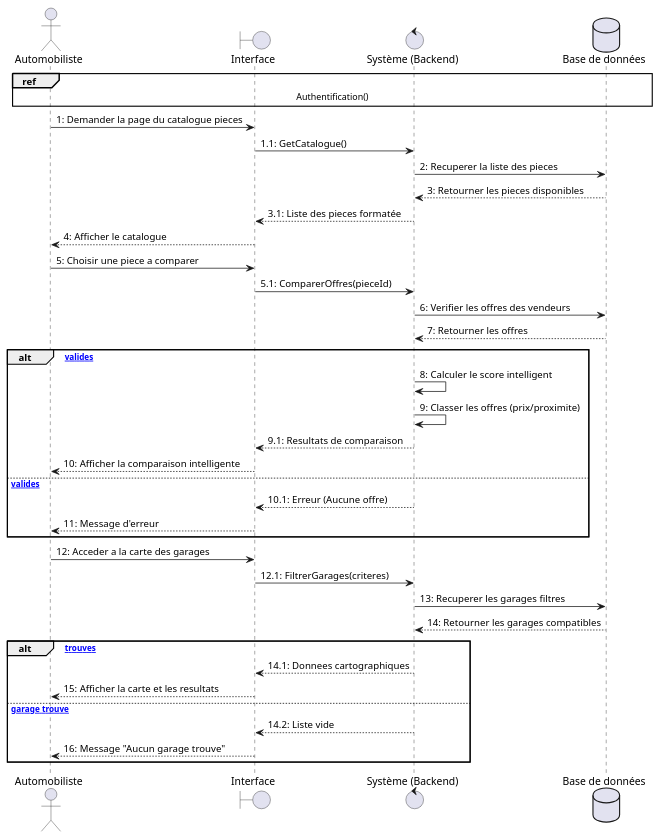
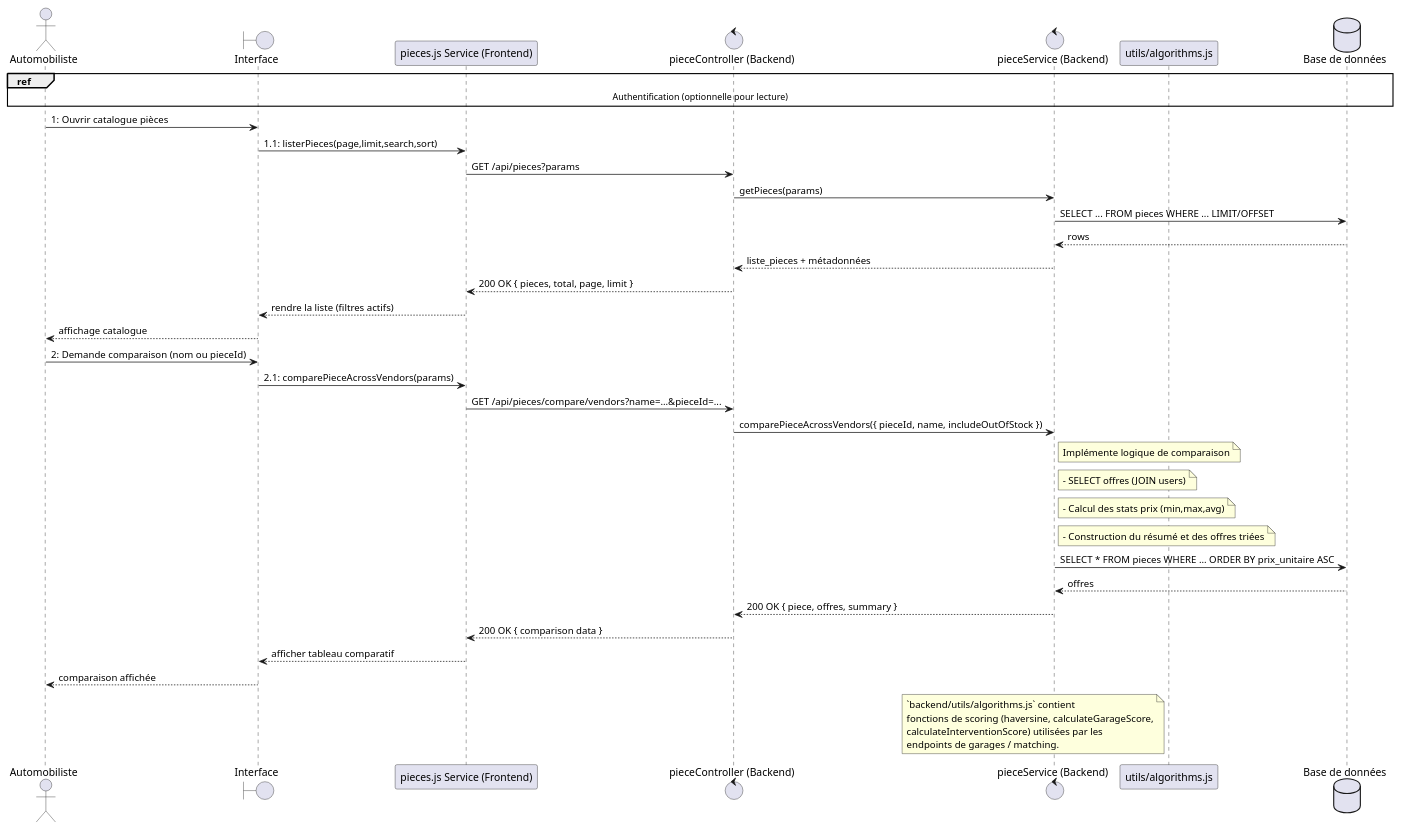
Before and after one commit to saifmechri/pfe_Saif_Nouri: the diagram in docs/diagrams/plantuml/release2_sequence.puml, drawn with PlantUML.

```diff
--- a/docs/diagrams/plantuml/release2_sequence.puml
+++ b/docs/diagrams/plantuml/release2_sequence.puml
@@ -1,44 +1,48 @@
 @startuml
 actor Automobiliste
 boundary Interface
-control "Système (Backend)" as Backend
+participant "pieces.js Service (Frontend)" as PiecesService
+control "pieceController (Backend)" as PieceController
+control "pieceService (Backend)" as PieceService
+participant "utils/algorithms.js" as Algorithms
 database "Base de données" as DB
 
-ref over Automobiliste, Interface, Backend, DB : Authentification()
+ref over Automobiliste, Interface, PiecesService, PieceController, PieceService, DB : Authentification (optionnelle pour lecture)
 
-Automobiliste -> Interface : 1: Demander la page du catalogue pieces
-Interface -> Backend : 1.1: GetCatalogue()
-Backend -> DB : 2: Recuperer la liste des pieces
-DB --> Backend : 3: Retourner les pieces disponibles
-Backend --> Interface : 3.1: Liste des pieces formatée
-Interface --> Automobiliste : 4: Afficher le catalogue
+' Catalogue - listing
+Automobiliste -> Interface : 1: Ouvrir catalogue pièces
+Interface -> PiecesService : 1.1: listerPieces(page,limit,search,sort)
+PiecesService -> PieceController : GET /api/pieces?params
+PieceController -> PieceService : getPieces(params)
+PieceService -> DB : SELECT ... FROM pieces WHERE ... LIMIT/OFFSET
+DB --> PieceService : rows
+PieceService --> PieceController : liste_pieces + métadonnées
+PieceController --> PiecesService : 200 OK { pieces, total, page, limit }
+PiecesService --> Interface : rendre la liste (filtres actifs)
+Interface --> Automobiliste : affichage catalogue
 
-Automobiliste -> Interface : 5: Choisir une piece a comparer
-Interface -> Backend : 5.1: ComparerOffres(pieceId)
-Backend -> DB : 6: Verifier les offres des vendeurs
-DB --> Backend : 7: Retourner les offres
+' Comparaison multi‑vendeurs
+Automobiliste -> Interface : 2: Demande comparaison (nom ou pieceId)
+Interface -> PiecesService : 2.1: comparePieceAcrossVendors(params)
+PiecesService -> PieceController : GET /api/pieces/compare/vendors?name=...&pieceId=...
+PieceController -> PieceService : comparePieceAcrossVendors({ pieceId, name, includeOutOfStock })
+note right of PieceService: Implémente logique de comparaison
+note right of PieceService: - SELECT offres (JOIN users)
+note right of PieceService: - Calcul des stats prix (min,max,avg)
+note right of PieceService: - Construction du résumé et des offres triées
+PieceService -> DB : SELECT * FROM pieces WHERE ... ORDER BY prix_unitaire ASC
+DB --> PieceService : offres
+PieceService --> PieceController : 200 OK { piece, offres, summary }
+PieceController --> PiecesService : 200 OK { comparison data }
+PiecesService --> Interface : afficher tableau comparatif
+Interface --> Automobiliste : comparaison affichée
 
-alt [valides]
-  Backend -> Backend : 8: Calculer le score intelligent
-  Backend -> Backend : 9: Classer les offres (prix/proximite)
-  Backend --> Interface : 9.1: Resultats de comparaison
-  Interface --> Automobiliste : 10: Afficher la comparaison intelligente
-else [non valides]
-  Backend --> Interface : 10.1: Erreur (Aucune offre)
-  Interface --> Automobiliste : 11: Message d'erreur
-end
-
-Automobiliste -> Interface : 12: Acceder a la carte des garages
-Interface -> Backend : 12.1: FiltrerGarages(criteres)
-Backend -> DB : 13: Recuperer les garages filtres
-DB --> Backend : 14: Retourner les garages compatibles
-
-alt [trouves]
-  Backend --> Interface : 14.1: Donnees cartographiques
-  Interface --> Automobiliste : 15: Afficher la carte et les resultats
-else [aucun garage trouve]
-  Backend --> Interface : 14.2: Liste vide
-  Interface --> Automobiliste : 16: Message "Aucun garage trouve"
-end
+' Remarque: scoring/algorithmes
+note left of Algorithms
+  `backend/utils/algorithms.js` contient
+  fonctions de scoring (haversine, calculateGarageScore,
+  calculateInterventionScore) utilisées par les
+  endpoints de garages / matching.
+end note
 
 @enduml
```
